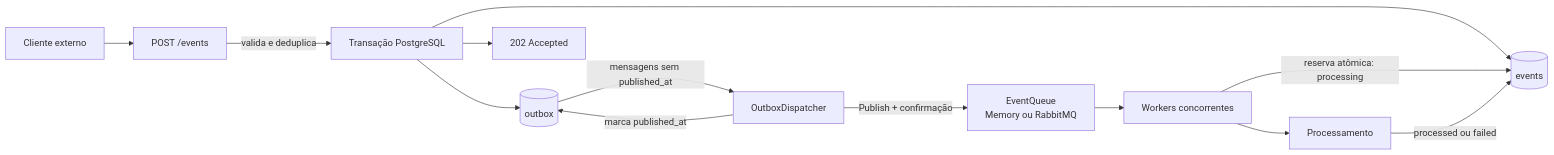
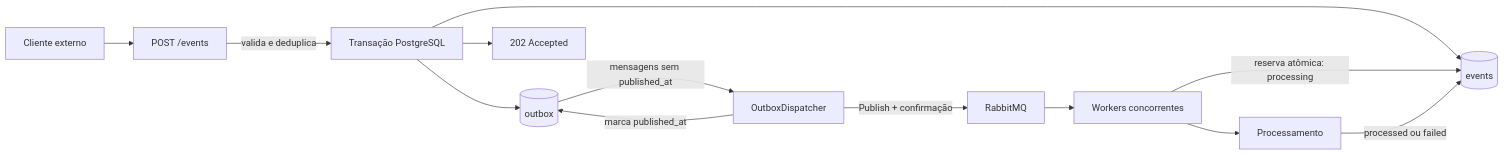
The first of 3 diagrams in docs/architecture.md (rafamguedes/go-webhook-processor), drawn with Mermaid before and after one commit. The commit also changed other lines of this file and 10 other files, not shown here.

````diff
--- a/docs/architecture.md
+++ b/docs/architecture.md
@@ -7,26 +7,26 @@
 ```mermaid
 flowchart LR
     client[Cliente externo]
     handler[POST /events]
     transaction[Transação PostgreSQL]
     events[(events)]
     outbox[(outbox)]
     accepted[202 Accepted]
     dispatcher[OutboxDispatcher]
-    queue[EventQueue<br/>Memory ou RabbitMQ]
+    queue[RabbitMQ]
     workers[Workers concorrentes]
     processor[Processamento]
 
     client --> handler
     handler -->|valida e deduplica| transaction
     transaction --> events
     transaction --> outbox
     transaction --> accepted
     outbox -->|mensagens sem published_at| dispatcher
     dispatcher -->|Publish + confirmação| queue
     dispatcher -->|marca published_at| outbox
     queue --> workers
     workers -->|reserva atômica: processing| events
     workers --> processor
     processor -->|processed ou failed| events
 ```
````
